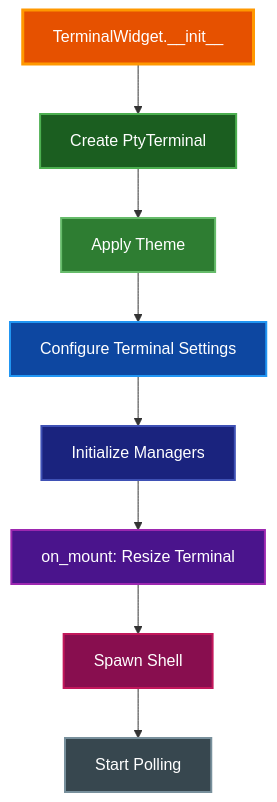
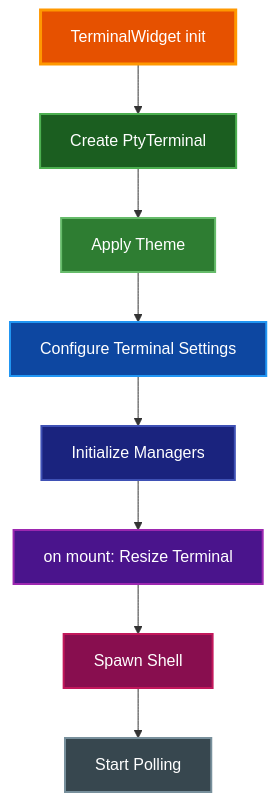
Before and after one commit to paulrobello/par-term-emu-tui-rust: the diagram in docs/THEMES.md, drawn with Mermaid. The commit also changed other lines of this file and 32 other files, not shown here.

````diff
--- a/docs/THEMES.md
+++ b/docs/THEMES.md
@@ -339,19 +340,19 @@
 ```mermaid
 graph TD
-    A[TerminalWidget.__init__] --> B[Create PtyTerminal]
+    A[TerminalWidget init] --> B[Create PtyTerminal]
     B --> C[Apply Theme]
     C --> D[Configure Terminal Settings]
     D --> E[Initialize Managers]
-    E --> F[on_mount: Resize Terminal]
+    E --> F[on mount: Resize Terminal]
     F --> G[Spawn Shell]
     G --> H[Start Polling]
 
     style A fill:#e65100,stroke:#ff9800,stroke-width:3px,color:#ffffff
     style B fill:#1b5e20,stroke:#4caf50,stroke-width:2px,color:#ffffff
     style C fill:#2e7d32,stroke:#66bb6a,stroke-width:2px,color:#ffffff
     style D fill:#0d47a1,stroke:#2196f3,stroke-width:2px,color:#ffffff
     style E fill:#1a237e,stroke:#3f51b5,stroke-width:2px,color:#ffffff
     style F fill:#4a148c,stroke:#9c27b0,stroke-width:2px,color:#ffffff
     style G fill:#880e4f,stroke:#c2185b,stroke-width:2px,color:#ffffff
     style H fill:#37474f,stroke:#78909c,stroke-width:2px,color:#ffffff
 ```
````
